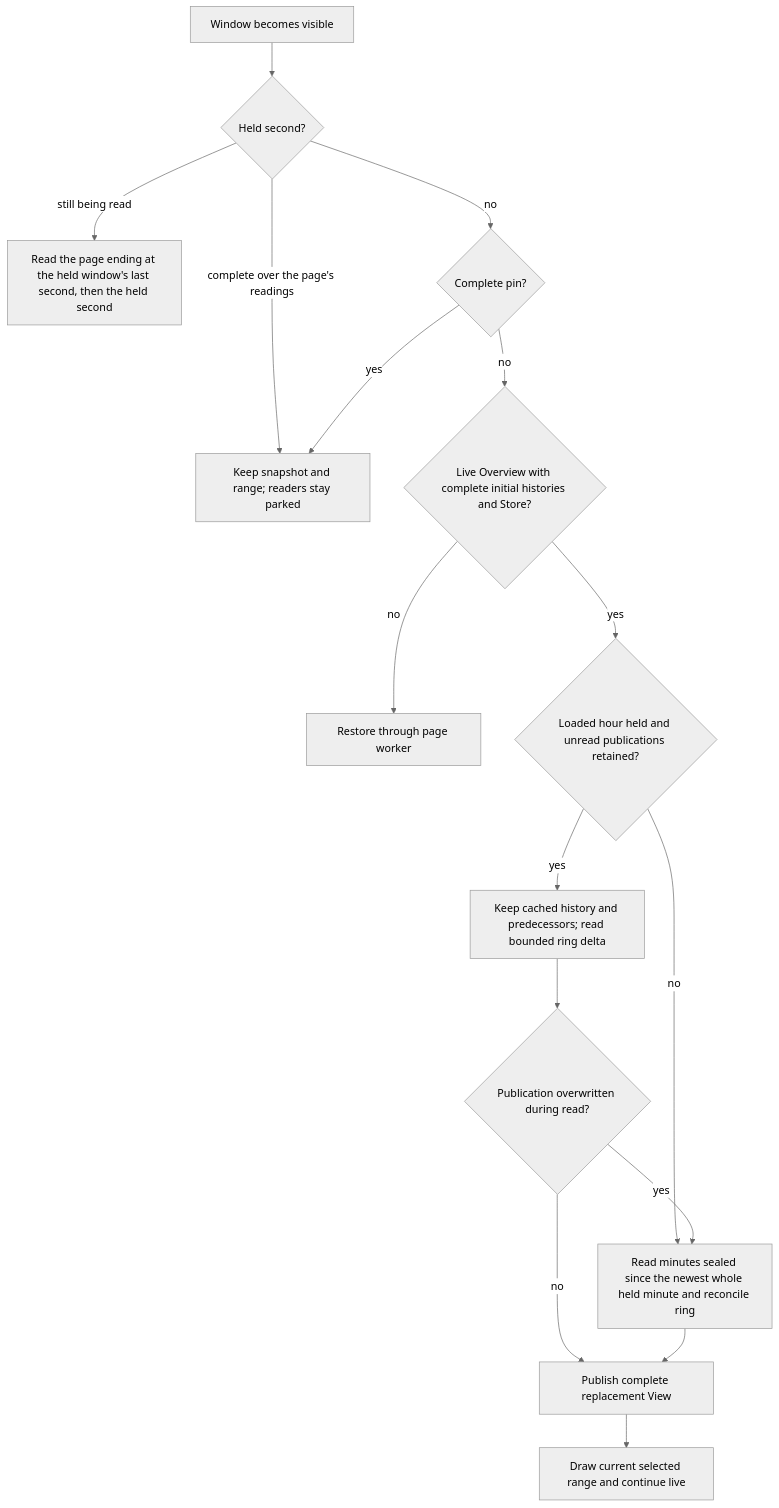
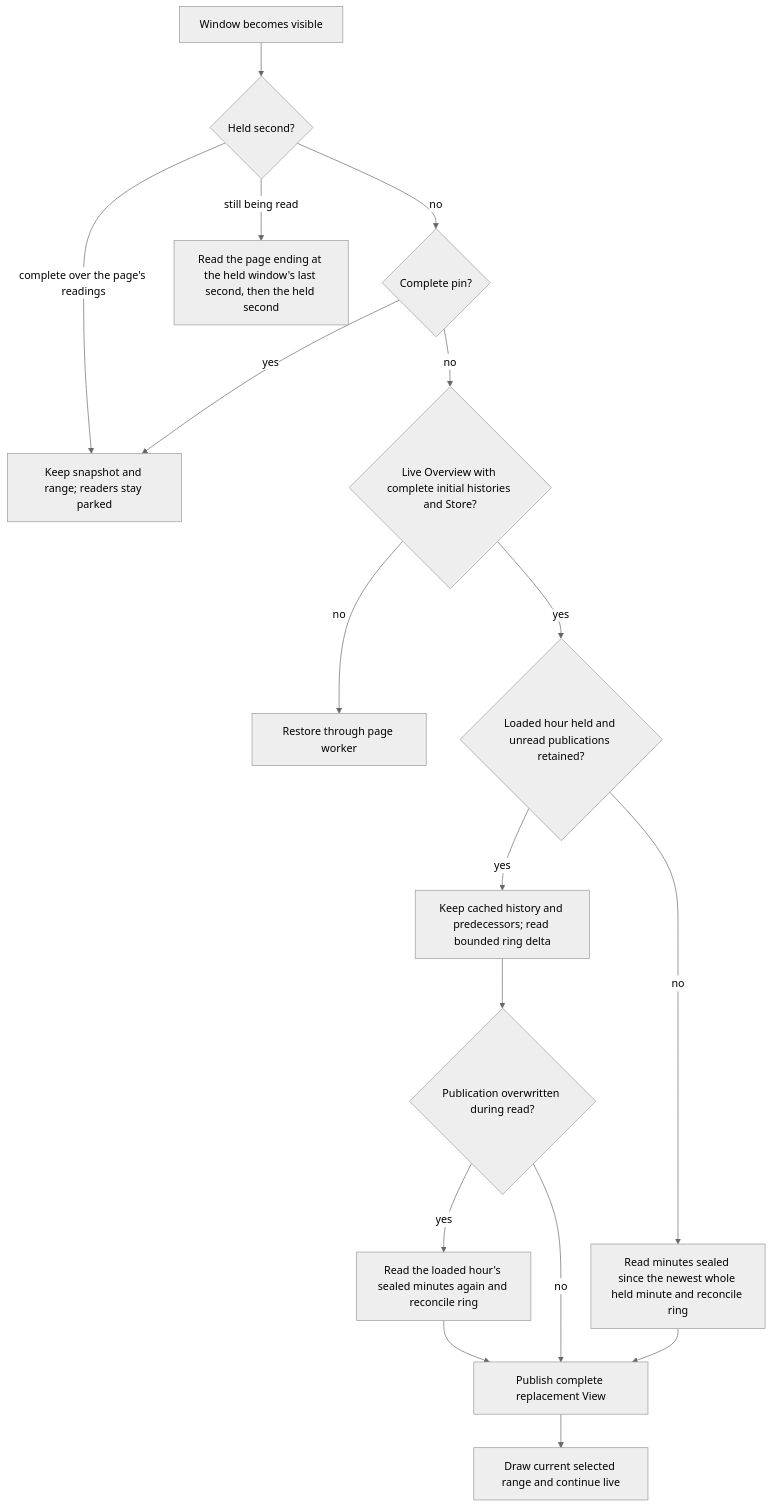
Before and after one commit to joaofnds/flightdeck: the third of 3 diagrams in docs/architecture.md, drawn with Mermaid (neutral theme). The commit also changed other lines of this file and 13 other files, not shown here.

````diff
--- a/docs/architecture.md
+++ b/docs/architecture.md
@@ -181,18 +181,19 @@
 ```mermaid
 flowchart TD
     Show[Window becomes visible] --> Held{Held second?}
     Held -->|complete over the page's readings| Keep
     Held -->|still being read| HeldRead[Read the page ending at the held window's last second, then the held second]
     Held -->|no| Pin{Complete pin?}
     Pin -->|yes| Keep[Keep snapshot and range; readers stay parked]
     Pin -->|no| Eligible{Live Overview with complete initial histories and Store?}
     Eligible -->|no| Worker[Restore through page worker]
     Eligible -->|yes| Covered{Loaded hour held and unread publications retained?}
     Covered -->|yes| Delta[Keep cached history and predecessors; read bounded ring delta]
     Covered -->|no| Reload[Read minutes sealed since the newest whole held minute and reconcile ring]
     Delta --> Lost{Publication overwritten during read?}
-    Lost -->|yes| Reload
+    Lost -->|yes| Hour[Read the loaded hour's sealed minutes again and reconcile ring]
     Lost -->|no| Complete[Publish complete replacement View]
     Reload --> Complete
+    Hour --> Complete
     Complete --> Live[Draw current selected range and continue live]
 ```
````
